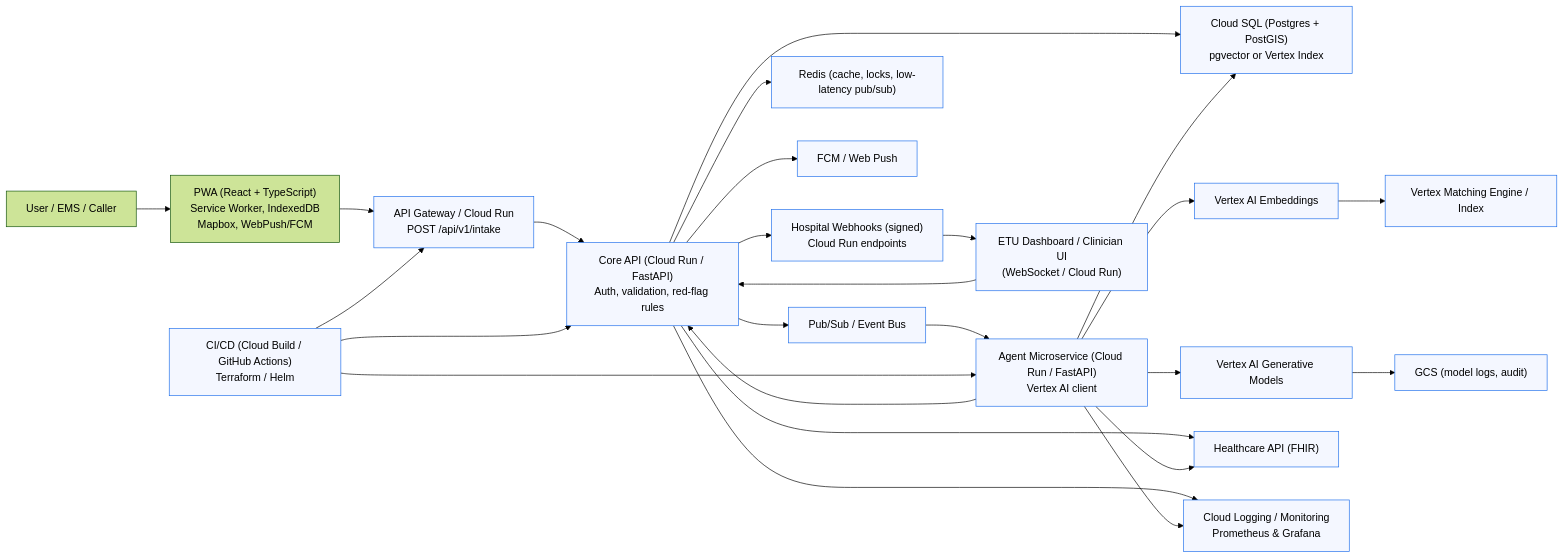
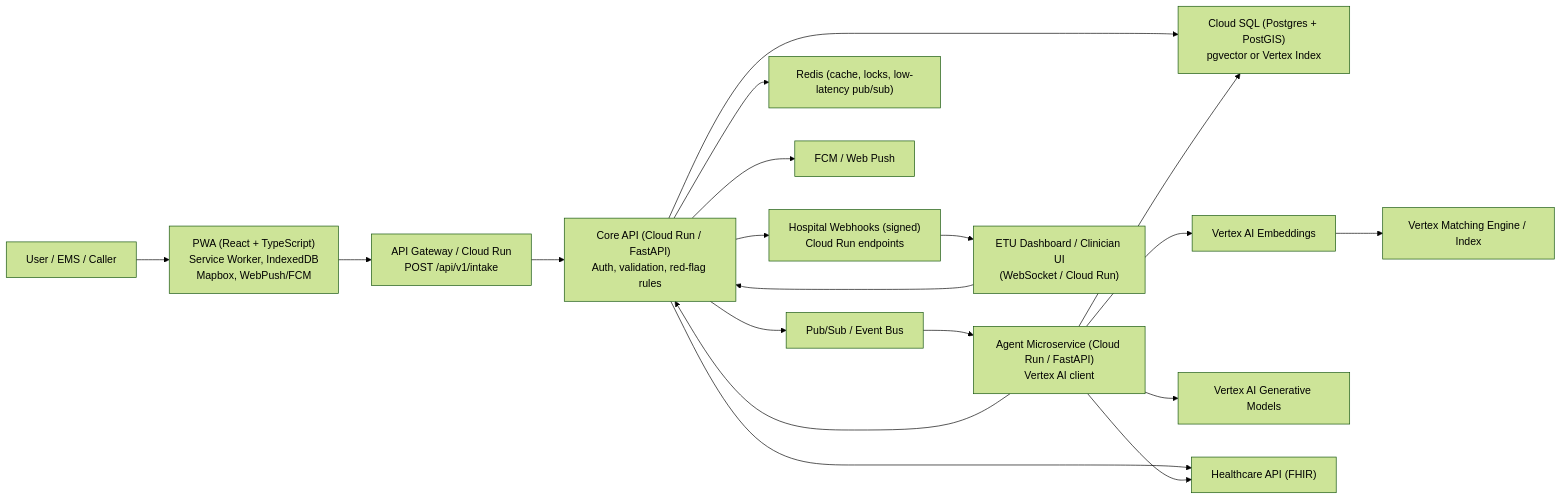
The first of 2 diagrams in README.md (nilankar-debug/etu-genai), drawn with Mermaid (forest theme) before and after one commit. The commit also changed other lines of this file, not shown here.

First line of the commit message:
Revise README for project summary and architecture details

````diff
--- a/README.md
+++ b/README.md
@@ -155,62 +241,41 @@
 ```mermaid
 flowchart LR
-  %% Actors & Frontend
   User[User / EMS / Caller]
   PWA["PWA (React + TypeScript)\nService Worker, IndexedDB\nMapbox, WebPush/FCM"]
   User --> PWA
 
-  %% API ingress & core
   APIGW["API Gateway / Cloud Run\nPOST /api/v1/intake"]
   PWA --> APIGW
   Core["Core API (Cloud Run / FastAPI)\nAuth, validation, red-flag rules"]
   APIGW --> Core
 
-  %% Event bus, storage, cache
   PubSub["Pub/Sub / Event Bus"]
   Core --> PubSub
   DB["Cloud SQL (Postgres + PostGIS)\npgvector or Vertex Index"]
   Core --> DB
   Redis["Redis (cache, locks, low-latency pub/sub)"]
   Core --> Redis
 
-  %% Agentic service + Vertex AI
   AgentSvc["Agent Microservice (Cloud Run / FastAPI)\nVertex AI client"]
   PubSub --> AgentSvc
   VertexEmb["Vertex AI Embeddings"]
   VertexGen["Vertex AI Generative Models"]
   AgentSvc --> VertexEmb
   AgentSvc --> VertexGen
   Index["Vertex Matching Engine / Index"]
   VertexEmb --> Index
   AgentSvc --> DB
   AgentSvc --> Core
 
-  %% Notifications & ETU
   FCM["FCM / Web Push"]
   Core --> FCM
   Webhooks["Hospital Webhooks (signed)\nCloud Run endpoints"]
   Core --> Webhooks
   ETU["ETU Dashboard / Clinician UI\n(WebSocket / Cloud Run)"]
   Webhooks --> ETU
   ETU --> Core
 
-  %% EHR & integrations
   FHIR["Healthcare API (FHIR)"]
   Core --> FHIR
   AgentSvc --> FHIR
-
-  %% Observability, audit, CI/CD
-  GCS["GCS (model logs, audit)"]
-  VertexGen --> GCS
-  Logging["Cloud Logging / Monitoring\nPrometheus & Grafana"]
-  Core --> Logging
-  AgentSvc --> Logging
-  CICD["CI/CD (Cloud Build / GitHub Actions)\nTerraform / Helm"]
-  CICD --> APIGW
-  CICD --> AgentSvc
-  CICD --> Core
-
-  %% Styling
-  classDef infra fill:#f4f7ff,stroke:#1f6feb;
-  class APIGW,Core,PubSub,DB,Redis,AgentSvc,VertexEmb,VertexGen,Index,FCM,Webhooks,ETU,FHIR,GCS,Logging,CICD infra;
 ```
````
